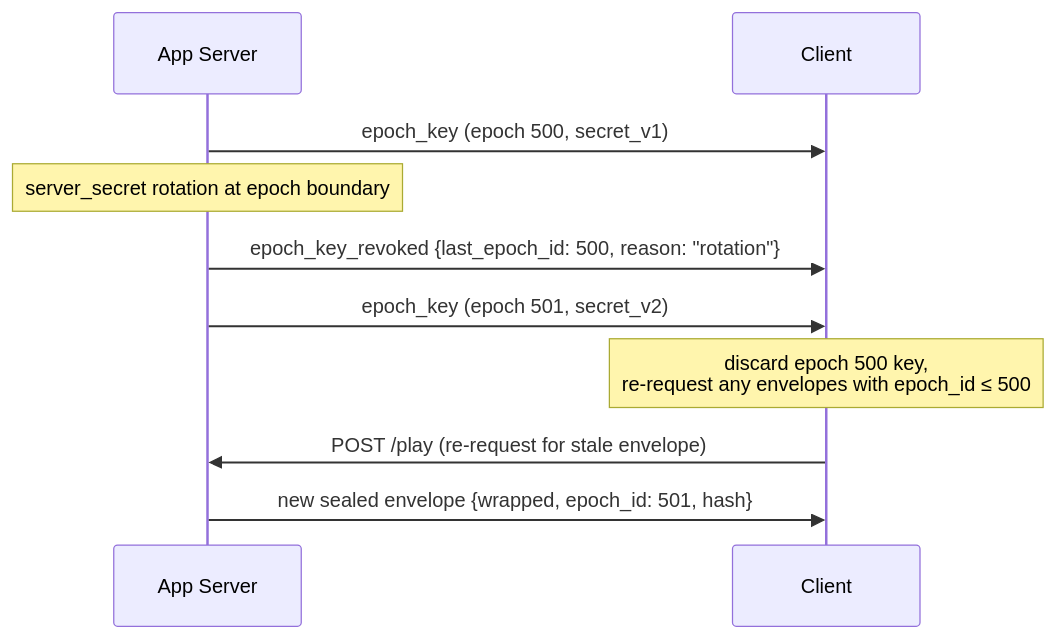
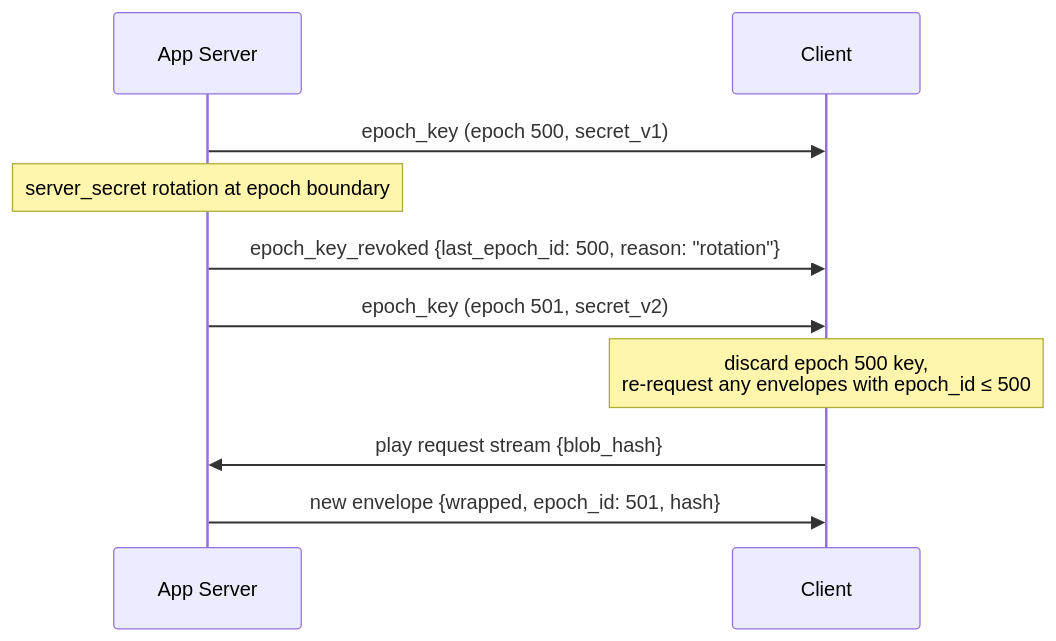
The second of 5 diagrams in adr/006-e2e-encryption.md (decdn/decdn), drawn with Mermaid before and after one commit. The commit also changed other lines of this file and 5 other files, not shown here.

First line of the commit message:
docs: add ADR 012 (client architecture) and move key delivery to iroh QUIC (#162)

````diff
--- a/adr/006-e2e-encryption.md
+++ b/adr/006-e2e-encryption.md
@@ -114,16 +119,16 @@
 ```mermaid
 sequenceDiagram
     participant A as App Server
     participant C as Client
 
     A->>C: epoch_key (epoch 500, secret_v1)
 
     Note over A: server_secret rotation at epoch boundary
 
     A->>C: epoch_key_revoked {last_epoch_id: 500, reason: "rotation"}
     A->>C: epoch_key (epoch 501, secret_v2)
     Note over C: discard epoch 500 key,<br/>re-request any envelopes with epoch_id ≤ 500
 
-    C->>A: POST /play (re-request for stale envelope)
-    A->>C: new sealed envelope {wrapped, epoch_id: 501, hash}
+    C->>A: play request stream {blob_hash}
+    A->>C: new envelope {wrapped, epoch_id: 501, hash}
 ```
````
